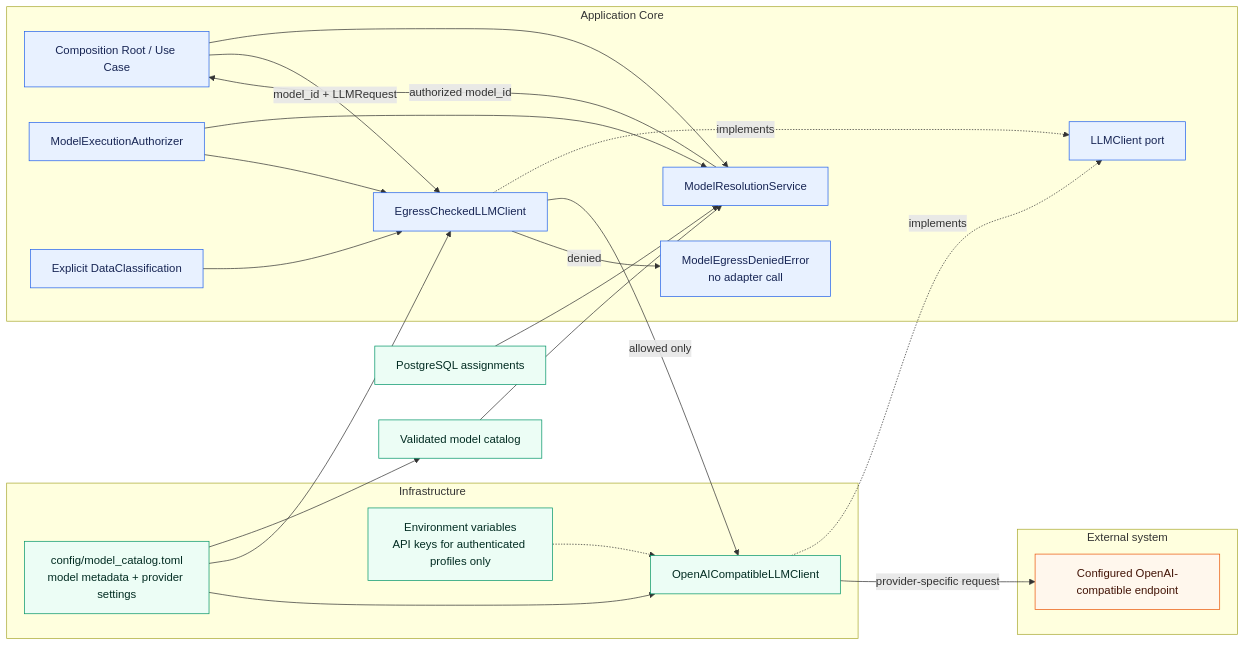
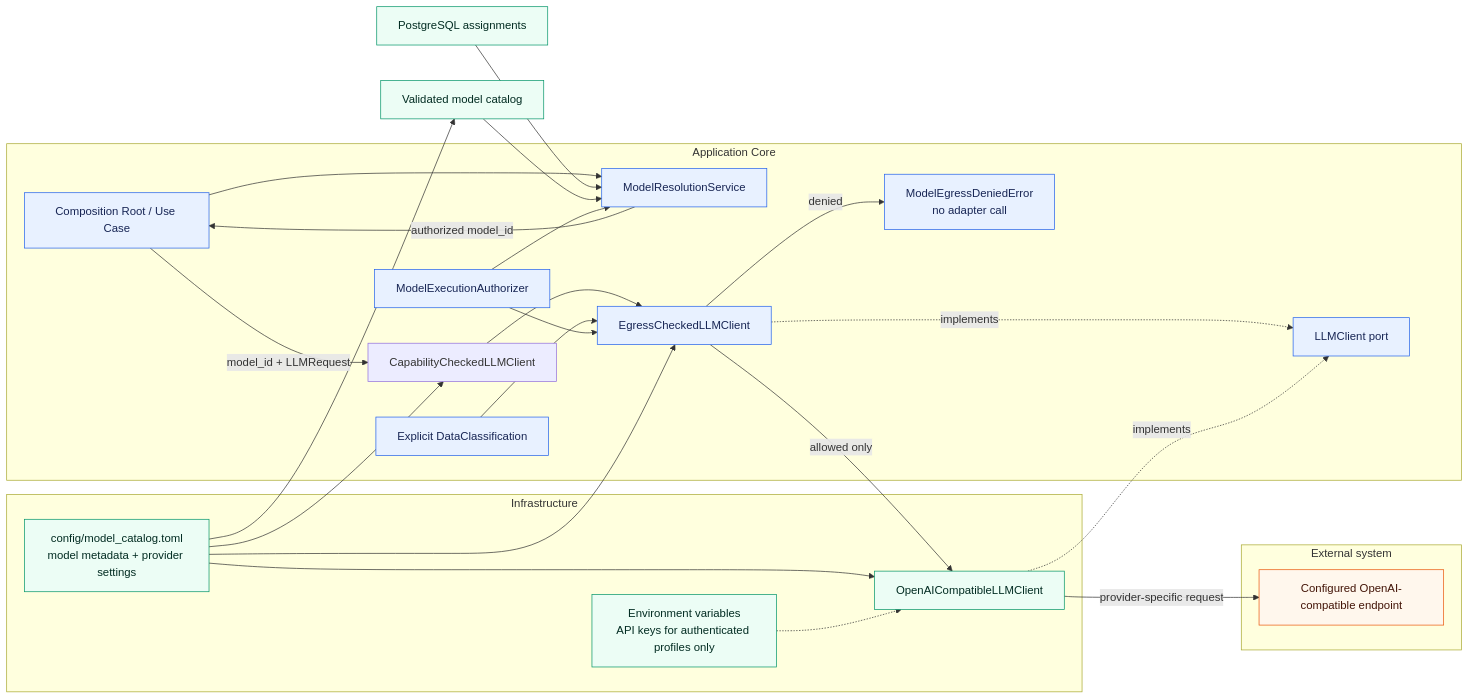
One commit to aboerzel/industrial-ai-agent changed the ninth of 21 diagrams in docs/architecture/overview.md. Above: the diagram before and after it, drawn with Mermaid. The commit also changed other lines of this file and 25 other files, not shown here.

````diff
--- a/docs/architecture/overview.md
+++ b/docs/architecture/overview.md
@@ -606,48 +611,51 @@
 ```mermaid
 flowchart LR
     A["Composition Root / Use Case"] --> R["ModelResolutionService"]
     DB["PostgreSQL assignments"] --> R
     M["Validated model catalog"] --> R
     S["ModelExecutionAuthorizer"] --> R
     R -->|"authorized model_id"| A
-    A -->|"model_id + LLMRequest"| G["EgressCheckedLLMClient"]
+    A -->|"model_id + LLMRequest"| V["CapabilityCheckedLLMClient"]
+    V --> G["EgressCheckedLLMClient"]
     P["LLMClient port"]
     G -.->|"implements"| P
     C["OpenAICompatibleLLMClient"] -.->|"implements"| P
     CL["Explicit DataClassification"] --> G
     S --> G
     TOML["config/model_catalog.toml<br/>model metadata + provider settings"] --> M
+    TOML --> V
     TOML --> G
     TOML --> C
     ENV["Environment variables<br/>API keys for authenticated profiles only"] -.-> C
     G -->|"allowed only"| C
     G -->|"denied"| F["ModelEgressDeniedError<br/>no adapter call"]
     C -->|"provider-specific request"| E["Configured OpenAI-compatible endpoint"]
 
     subgraph Core["Application Core"]
         A
         P
+        V
         G
         CL
         R
         S
         F
     end
 
     subgraph Infrastructure["Infrastructure"]
         C
         TOML
         ENV
     end
 
     subgraph External["External system"]
         E
     end
 
     classDef core fill:#e8f1ff,stroke:#2563eb,color:#172554
     classDef adapter fill:#ecfdf5,stroke:#059669,color:#022c22
     classDef external fill:#fff7ed,stroke:#ea580c,color:#431407
     class A,P,G,CL,R,S,F core
     class C,TOML,M,DB,ENV adapter
     class E external
 ```
````
